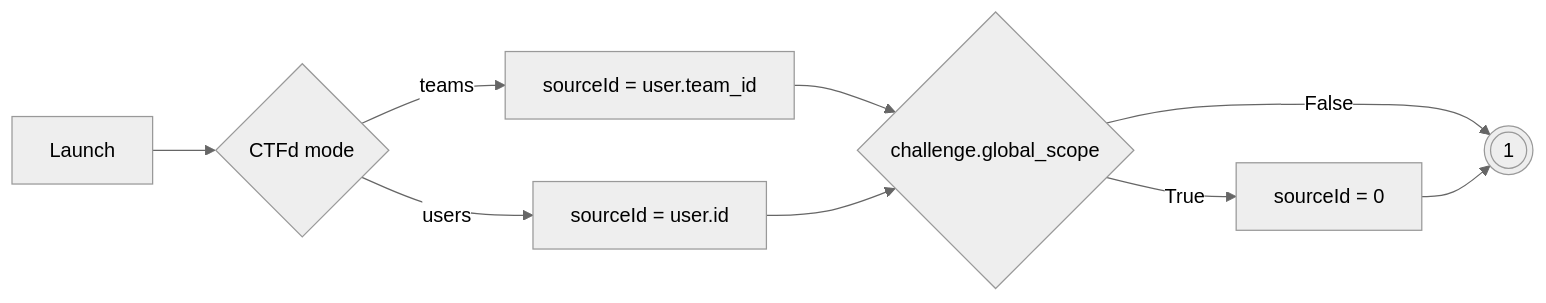
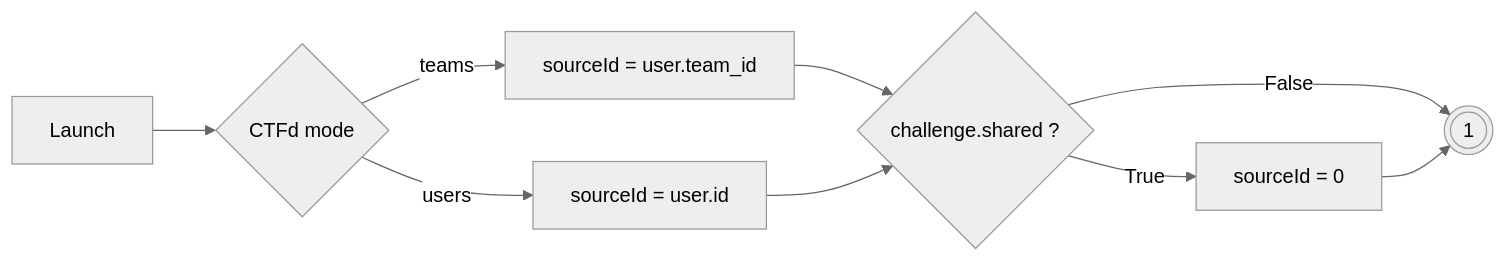
One commit to ctfer-io/ctfd-chall-manager changed the diagram in webdocs/design/source/_index.md. Above: the diagram before and after it, drawn with Mermaid (neutral theme). The commit also changed other lines of this file and 23 other files, not shown here.

````diff
--- a/webdocs/design/source/_index.md
+++ b/webdocs/design/source/_index.md
@@ -29,14 +29,14 @@
 ```mermaid
 flowchart LR
     A[Launch] --> B{CTFd mode}
     B -->|users| C[sourceId = user.id]
     B -->|teams| D[sourceId = user.team_id]
-    D --> E{challenge.global_scope}
+    D --> E{challenge.shared ?}
     C --> E
     E -->|True| F[sourceId = 0]
     E -->|False| End1
     F --> End1
 
     End1(((1)))
 
 ```
````
